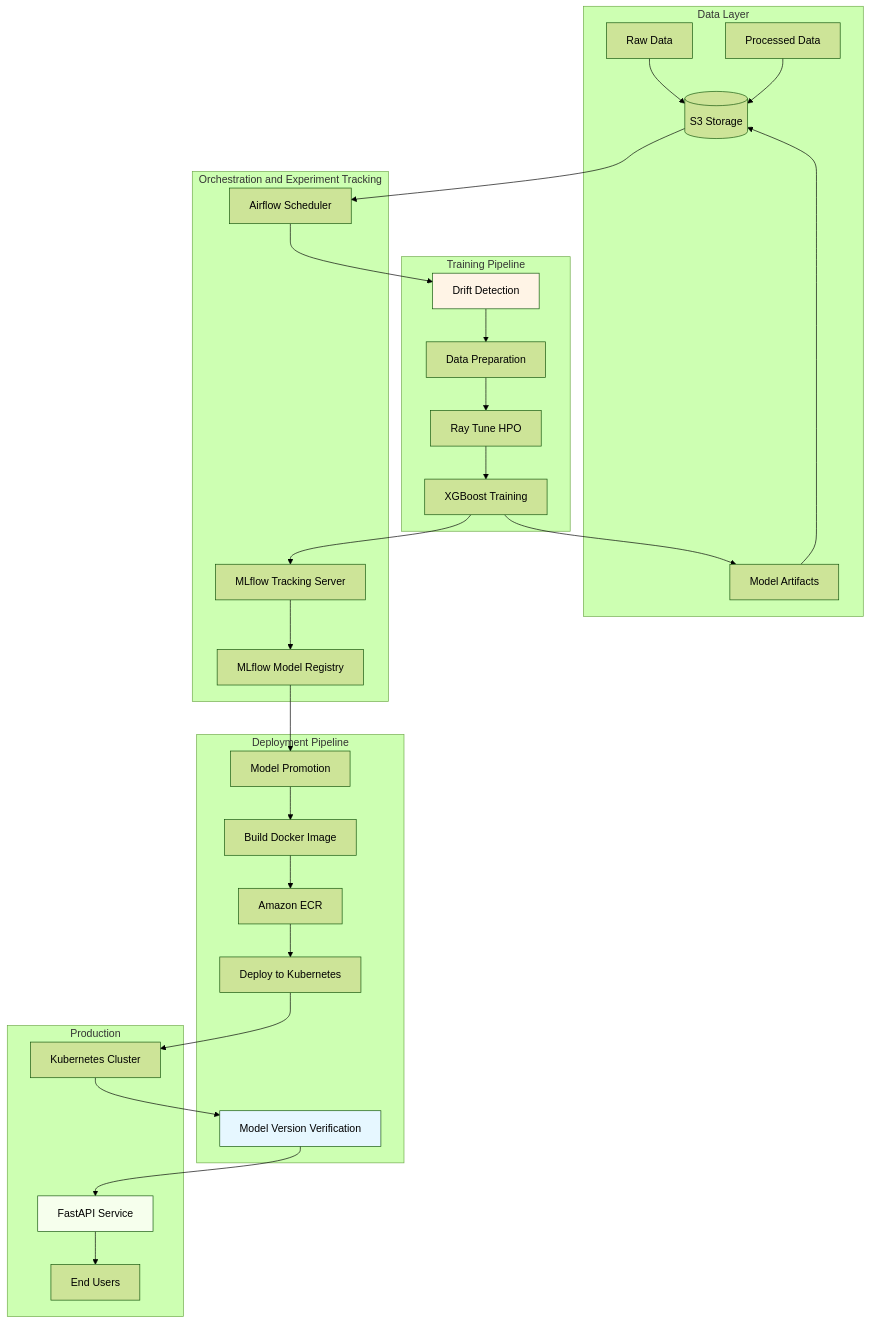
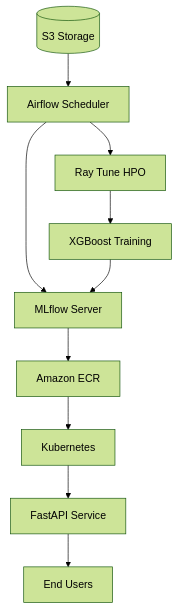
One commit to bencappello/health-predict changed the diagram in README.md. Above: the diagram before and after it, drawn with Mermaid (forest theme).

Commit message:
fix: simplify Mermaid diagram to basic flowchart syntax
- Use flowchart TB instead of graph TB (more modern)
- Remove all subgraphs for maximum compatibility
- Simplified to core data flow: S3 -> Airflow -> Training -> K8s -> API
- Should render in all Mermaid versions

````diff
--- a/README.md
+++ b/README.md
@@ -13,61 +13,22 @@
 ```mermaid
-graph TB
-    subgraph "Data Layer"
-        S3[(S3 Storage)]
-        RawData[Raw Data]
-        ProcessedData[Processed Data]
-        Models[Model Artifacts]
-    end
+flowchart TB
+    S3[("S3 Storage")]
+    Airflow["Airflow Scheduler"]
+    MLflow["MLflow Server"]
+    RayTune["Ray Tune HPO"]
+    Training["XGBoost Training"]
+    ECR["Amazon ECR"]
+    K8s["Kubernetes"]
+    API["FastAPI Service"]
+    Users["End Users"]
     
-    subgraph "Orchestration and Experiment Tracking"
-        Airflow[Airflow Scheduler]
-        MLflow[MLflow Tracking Server]
-        Registry[MLflow Model Registry]
-    end
-    
-    subgraph "Training Pipeline"
-        DriftDetect[Drift Detection]
-        DataPrep[Data Preparation]
-        RayTune[Ray Tune HPO]
-        TrainingTask[XGBoost Training]
-   end
-    
-    subgraph "Deployment Pipeline"
-        ModelPromotion[Model Promotion]
-        DockerBuild[Build Docker Image]
-        ECR[Amazon ECR]
-        K8sDeploy[Deploy to Kubernetes]
-        Verify[Model Version Verification]
-    end
-    
-    subgraph "Production"
-        K8s[Kubernetes Cluster]
-        API[FastAPI Service]
-        Users[End Users]
-    end
-    
-    RawData --> S3
     S3 --> Airflow
-    Airflow --> DriftDetect
-    DriftDetect --> DataPrep
-    DataPrep --> RayTune
-    RayTune --> TrainingTask
-    TrainingTask --> MLflow
-    MLflow --> Registry
-    Registry --> ModelPromotion
-    ModelPromotion --> DockerBuild
-    DockerBuild --> ECR
-    ECR --> K8sDeploy
-    K8sDeploy --> K8s
-    K8s --> Verify
-    Verify --> API
+    Airflow --> MLflow
+    Airflow --> RayTune
+    RayTune --> Training
+    Training --> MLflow
+    MLflow --> ECR
+    ECR --> K8s
+    K8s --> API
     API --> Users
-    
-    TrainingTask --> Models
-    Models --> S3
-    ProcessedData --> S3
-    
-    style DriftDetect fill:#fff4e6
-    style Verify fill:#e6f7ff
-    style API fill:#f6ffed
 ```
````
